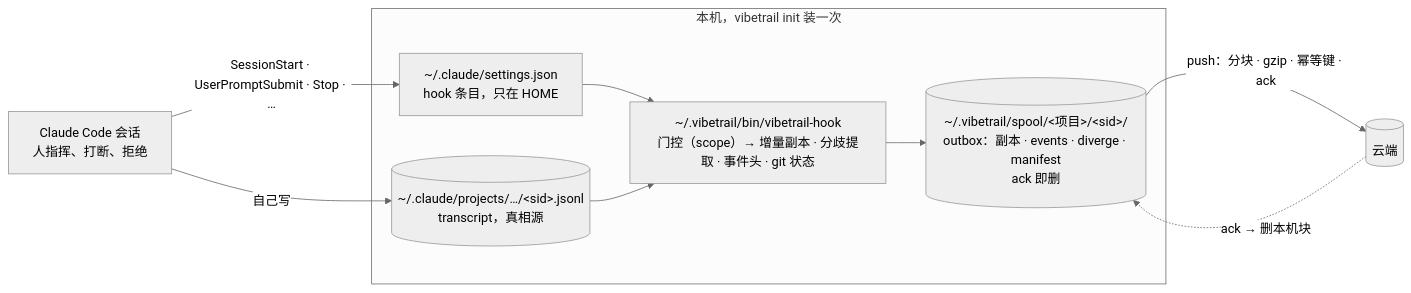
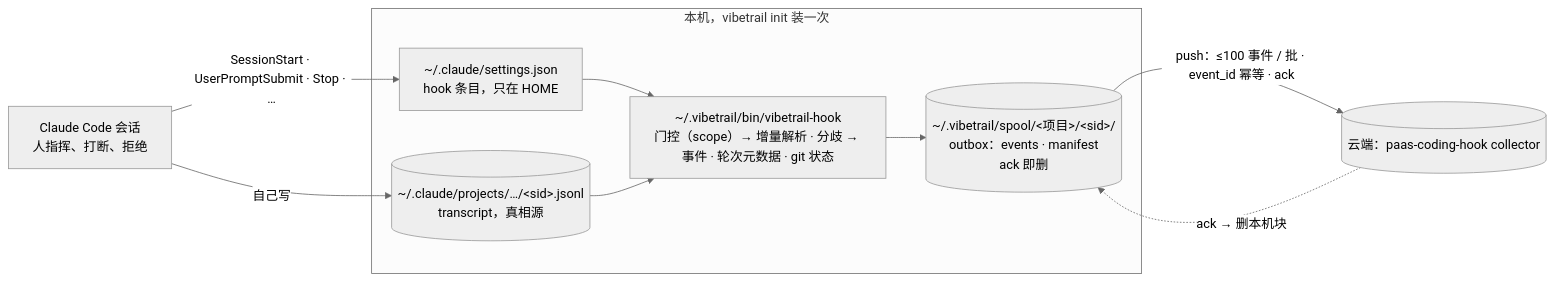
The diagram in DESIGN.md (gupf0719/vibetrail), drawn with Mermaid (neutral theme) before and after one commit. The commit also changed other lines of this file and 6 other files, not shown here.

First line of the commit message:
docs: D5 —— 不传 transcript 原文件，正文只随人机分歧事件走，云端定为 paas-coding-hook 协议 1.0；映射表与 schema 进仓，第二轮意见；关 U3 / U10 / K1，G5 升前置

````diff
--- a/DESIGN.md
+++ b/DESIGN.md
@@ -154,17 +163,17 @@
 ```mermaid
 %%{init: {"flowchart": {"wrappingWidth": 260}}}%%
 flowchart LR
     CC["Claude Code 会话<br/>人指挥、打断、拒绝"]
     subgraph M["本机，vibetrail init 装一次"]
         TR[("~/.claude/projects/…/&lt;sid&gt;.jsonl<br/>transcript，真相源")]
         ST["~/.claude/settings.json<br/>hook 条目，只在 HOME"]
-        RT["~/.vibetrail/bin/vibetrail-hook<br/>门控（scope）→ 增量副本 · 分歧提取 · 事件头 · git 状态"]
-        SP[("~/.vibetrail/spool/&lt;项目&gt;/&lt;sid&gt;/<br/>outbox：副本 · events · diverge · manifest<br/>ack 即删")]
+        RT["~/.vibetrail/bin/vibetrail-hook<br/>门控（scope）→ 增量解析 · 分歧 → 事件 · 轮次元数据 · git 状态"]
+        SP[("~/.vibetrail/spool/&lt;项目&gt;/&lt;sid&gt;/<br/>outbox：events · manifest<br/>ack 即删")]
     end
-    CL[("云端")]
+    CL[("云端：paas-coding-hook collector")]
     CC -->|"自己写"| TR
     CC -->|"SessionStart · UserPromptSubmit · Stop · …"| ST --> RT
     TR --> RT --> SP
-    SP -->|"push：分块 · gzip · 幂等键 · ack"| CL
+    SP -->|"push：≤100 事件 / 批 · event_id 幂等 · ack"| CL
     CL -.->|"ack → 删本机块"| SP
 ```
````
